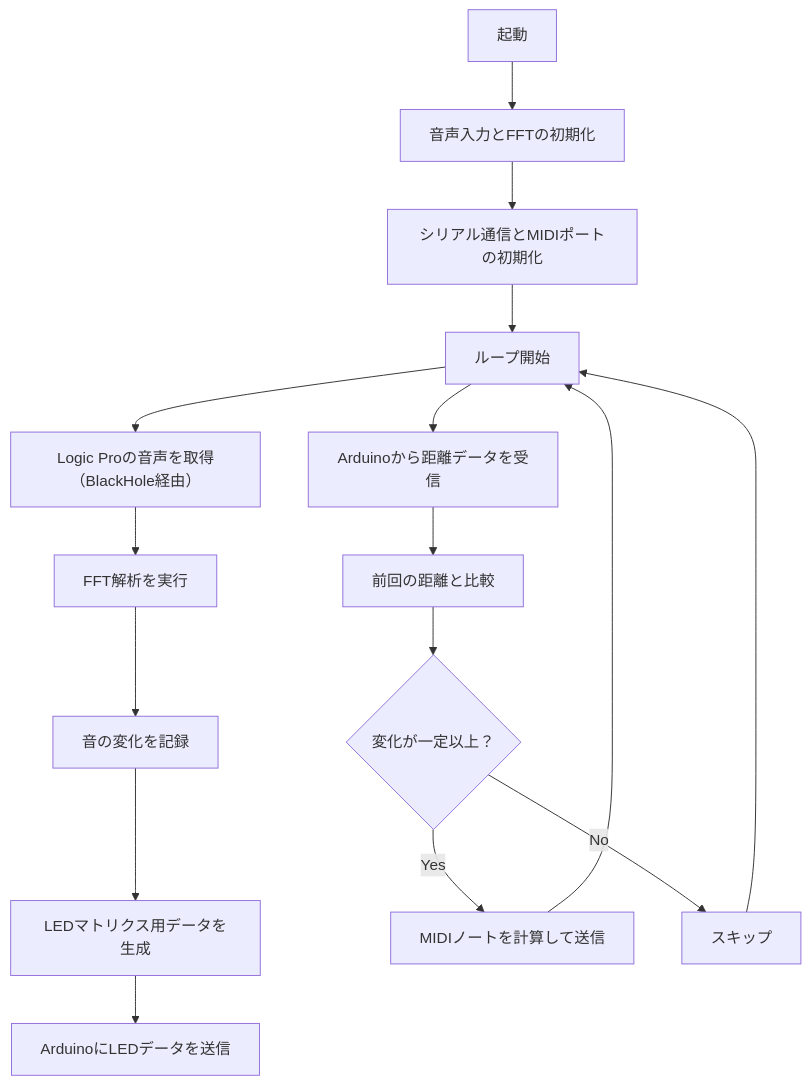
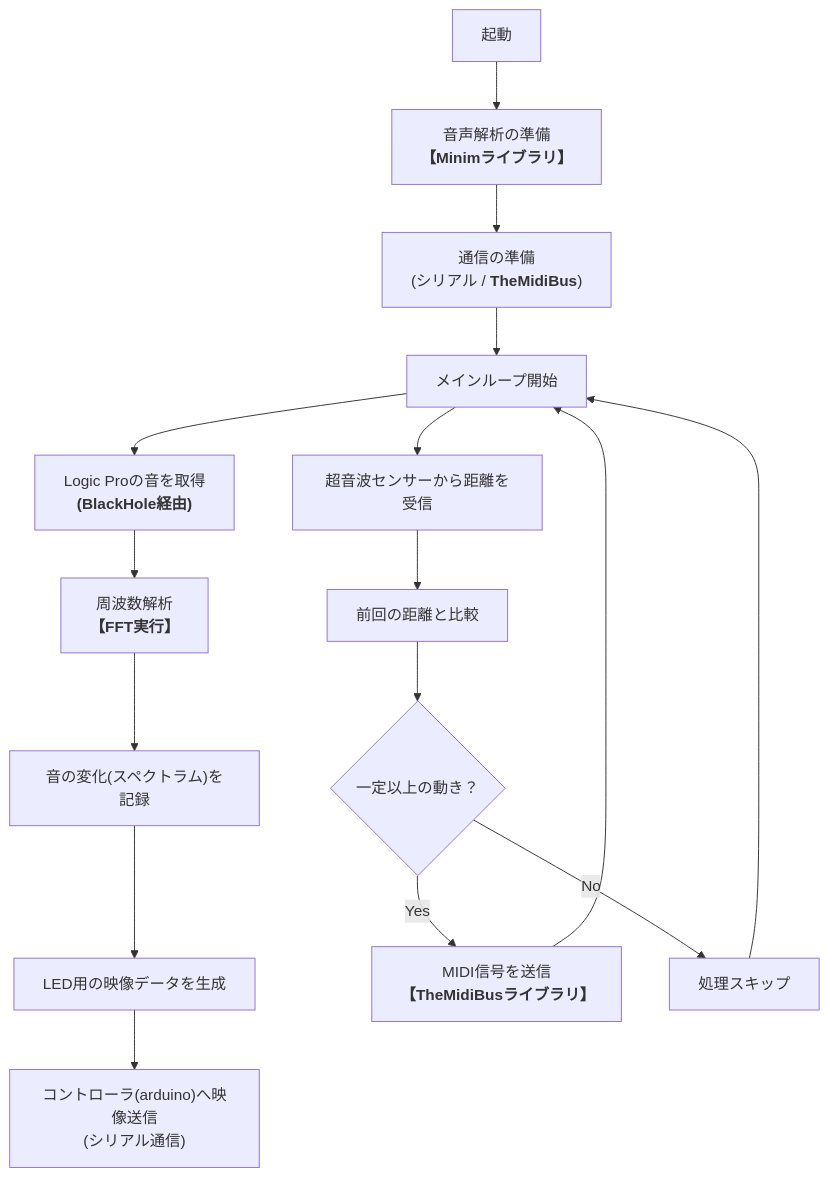
One commit to fuumu/arduino-mpc-drum-saito changed the second of 2 diagrams in README.md. Above: the diagram before and after it, drawn with Mermaid. The commit also changed other lines of this file, not shown here.

````diff
--- a/README.md
+++ b/README.md
@@ -94,21 +103,21 @@
 ```mermaid
 flowchart TD
-    A[起動] --> B[音声入力とFFTの初期化]
-    B --> C[シリアル通信とMIDIポートの初期化]
-    C --> D[ループ開始]
+    A[起動] --> B["音声解析の準備<br/><b>【Minimライブラリ】</b>"]
+    B --> C["通信の準備<br/>(シリアル / <b>TheMidiBus</b>)"]
+    C --> D[メインループ開始]
 
-    D --> E[Logic Proの音声を取得（BlackHole経由）]
-    E --> F[FFT解析を実行]
-    F --> G[音の変化を記録]
-    G --> H[LEDマトリクス用データを生成]
-    H --> I[ArduinoにLEDデータを送信]
+    D --> E["Logic Proの音を取得<br/><b>(BlackHole経由)</b>"]
+    E --> F["周波数解析<br/><b>【FFT実行】</b>"]
+    F --> G["音の変化(スペクトラム)を記録"]
+    G --> H["LED用の映像データを生成"]
+    H --> I["コントローラ(arduino)へ映像送信<br/>(シリアル通信)"]
 
-    D --> J[Arduinoから距離データを受信]
-    J --> K[前回の距離と比較]
-    K --> L{変化が一定以上？}
-    L -- Yes --> M[MIDIノートを計算して送信]
-    L -- No --> N[スキップ]
+    D --> J["超音波センサーから距離を受信"]
+    J --> K["前回の距離と比較"]
+    K --> L{一定以上の動き？}
+    L -- Yes --> M["MIDI信号を送信<br/><b>【TheMidiBusライブラリ】</b>"]
+    L -- No --> N[処理スキップ]
 
     M --> D
     N --> D
 ```
````
